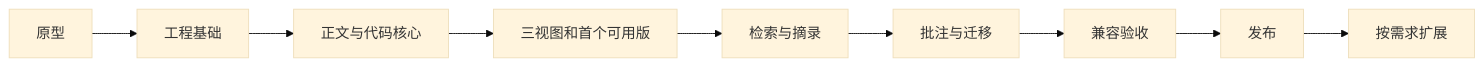
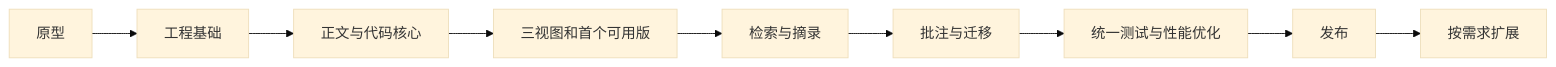
The diagram in docs/plan/06-实施阶段.md (danlingdan/highlight-boost), drawn with Mermaid (base theme) before and after one commit. The commit also changed other lines of this file and 10 other files, not shown here.

````diff
--- a/docs/plan/06-实施阶段.md
+++ b/docs/plan/06-实施阶段.md
@@ -108,7 +110,7 @@
 ```mermaid
 flowchart LR
   A[原型] --> B[工程基础] --> C[正文与代码核心]
   C --> D[三视图和首个可用版] --> E[检索与摘录]
-  E --> F[批注与迁移] --> G[兼容验收] --> H[发布]
+  E --> F[批注与迁移] --> G[统一测试与性能优化] --> H[发布]
   H --> I[按需求扩展]
 ```
````
